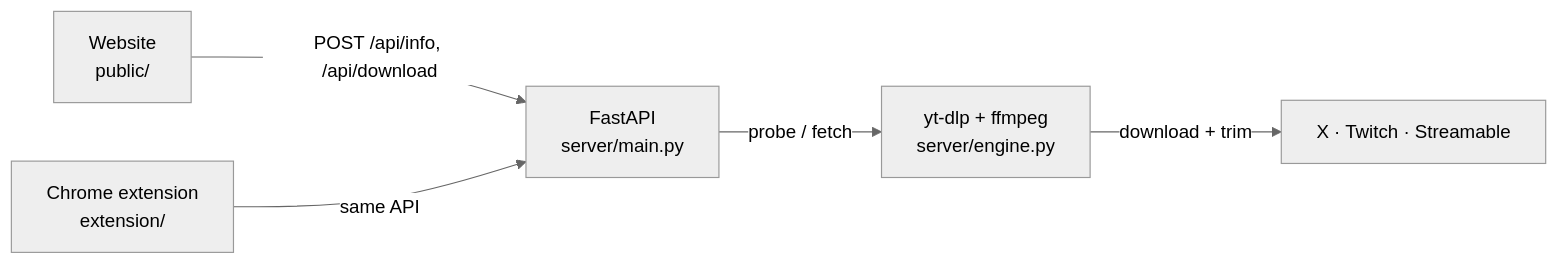
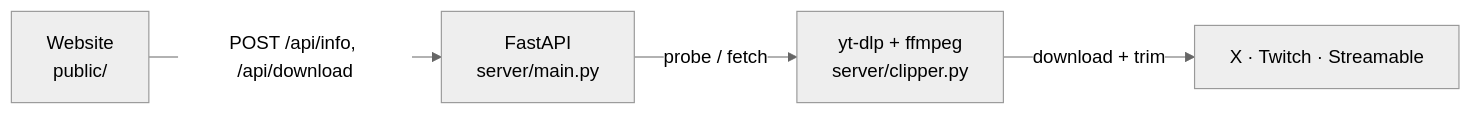
The diagram in README.md (Arav-Arun/ClipGrab), drawn with Mermaid (neutral theme) before and after one commit. The commit also changed other lines of this file and 21 other files, not shown here.

````diff
--- a/README.md
+++ b/README.md
@@ -23,7 +36,6 @@
 ```mermaid
 graph LR
-    Web["Website<br/>public/"] -->|"POST /api/info, /api/download"| API
-    Ext["Chrome extension<br/>extension/"] -->|"same API"| API
-    API["FastAPI<br/>server/main.py"] -->|"probe / fetch"| Engine["yt-dlp + ffmpeg<br/>server/engine.py"]
-    Engine -->|"download + trim"| Sites["X · Twitch · Streamable"]
+    Web["Website<br/>public/"] -->|"POST /api/info, /api/download"| API["FastAPI<br/>server/main.py"]
+    API -->|"probe / fetch"| Clipper["yt-dlp + ffmpeg<br/>server/clipper.py"]
+    Clipper -->|"download + trim"| Sites["X · Twitch · Streamable"]
 ```
````
